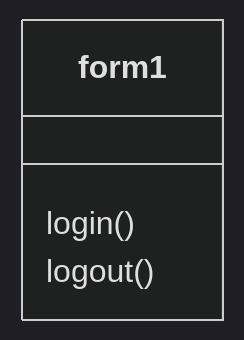
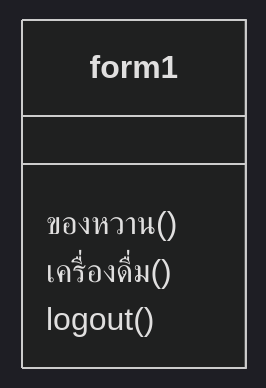
One commit to Syxsaran/Final643450086-6 changed the diagram in README.md. Above: the diagram before and after it, drawn with Mermaid (dark theme).

````diff
--- a/README.md
+++ b/README.md
@@ -3,8 +3,9 @@
 ```mermaid
 classDiagram
   direction LR
   class form1{
-  login()
+  ของหวาน()
+  เครื่องดื่ม()
   logout()
   }
 ```
````
